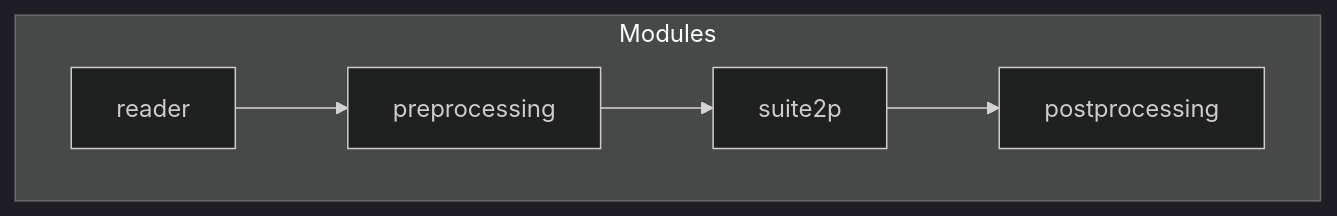
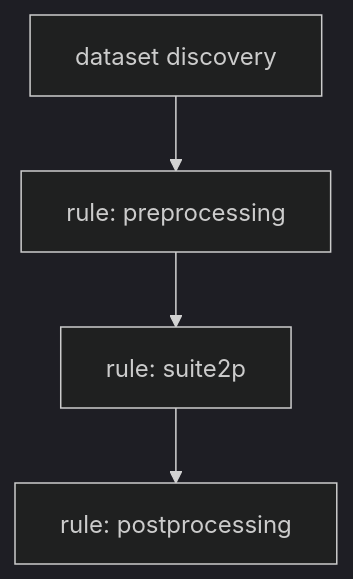
Before and after one commit to lauraporta/slides-photon-mosaic-01: the second of 4 diagrams in index.qmd, drawn with Mermaid (dark theme). The commit also changed other lines of this file, not shown here.

````diff
--- a/index.qmd
+++ b/index.qmd
@@ -165,11 +130,9 @@
 ```{mermaid}
 flowchart TD
-  subgraph Modules
-    A1[reader]
-    B1[preprocessing]
-    C1[suite2p]
-    D1[postprocessing]
-  end
+  A1[dataset discovery]
+  B1[rule: preprocessing]
+  C1[rule: suite2p]
+  D1[rule: postprocessing]
 
   A1 --> B1 --> C1 --> D1
 ```
````
